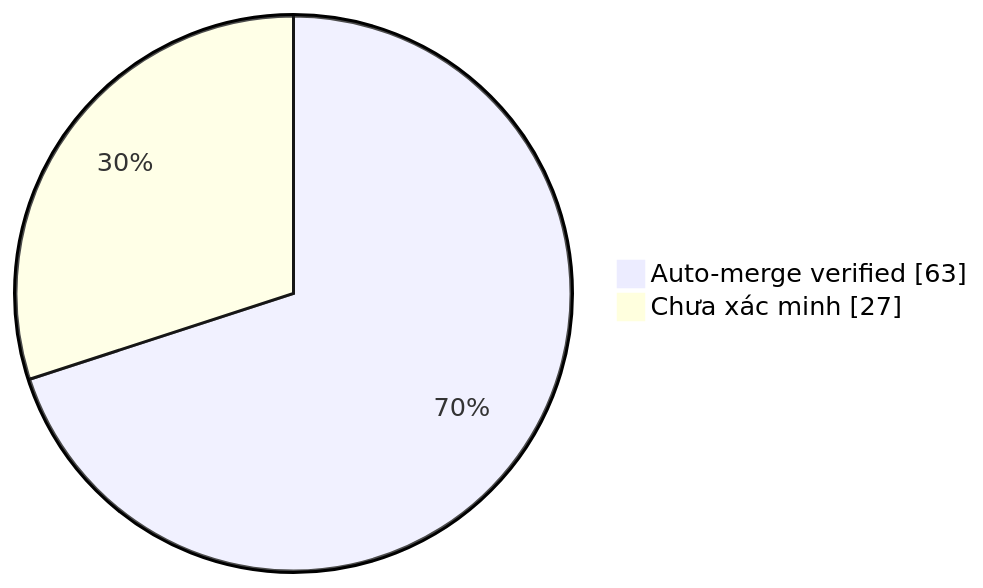
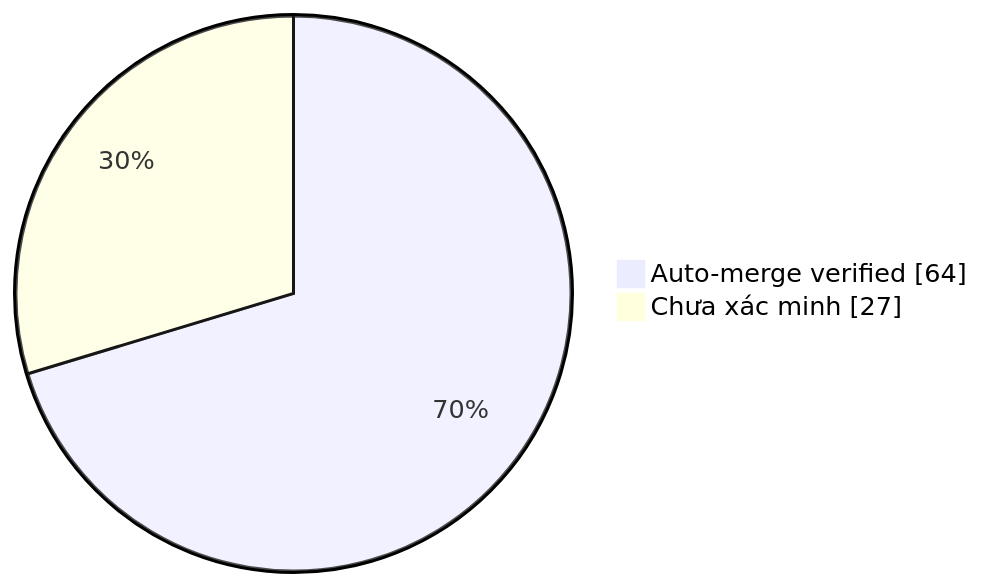
One commit to duykhang68/tetdinhmuiblog changed the diagram in collector.md. Above: the diagram before and after it, drawn with Mermaid. The commit also changed other lines of this file and 1 other file, not shown here.

Commit message:
docs(collector): update auto-merge evidence dashboard

````diff
--- a/collector.md
+++ b/collector.md
@@ -22,5 +22,5 @@
 ```mermaid
 pie showData
-    "Auto-merge verified" : 63
+    "Auto-merge verified" : 64
     "Chưa xác minh" : 27
 ```
````
